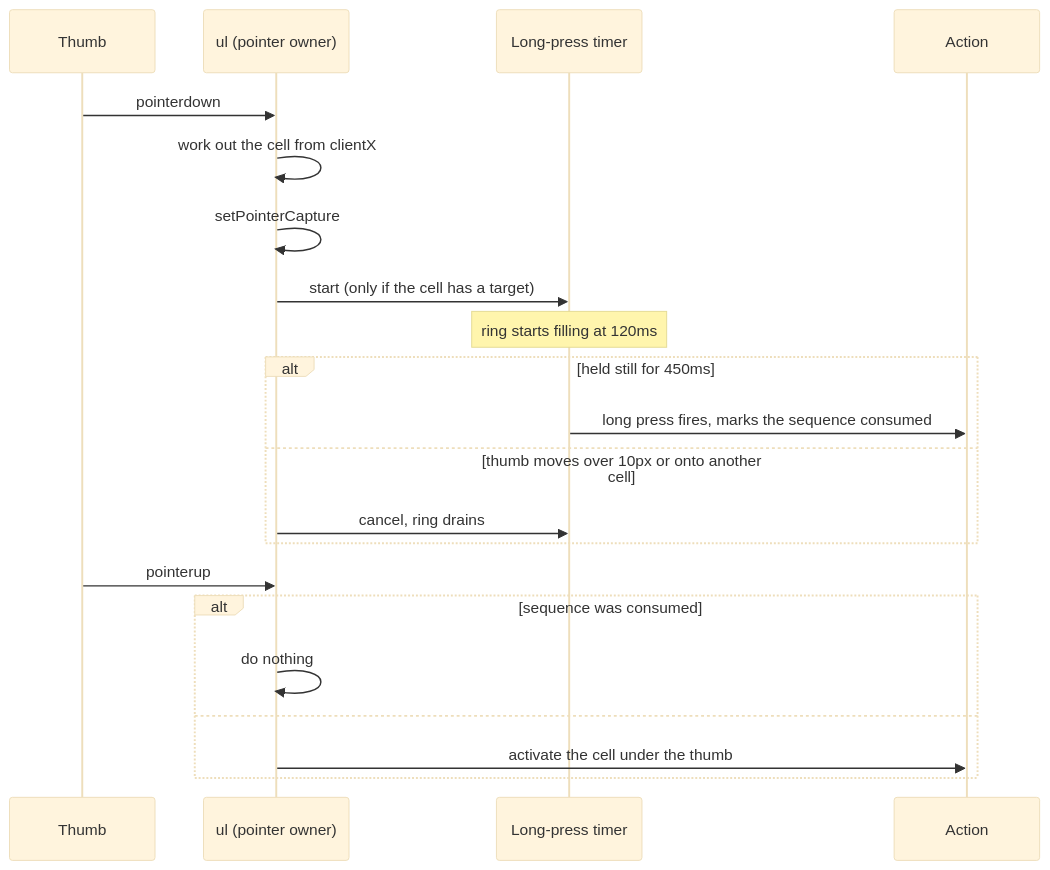
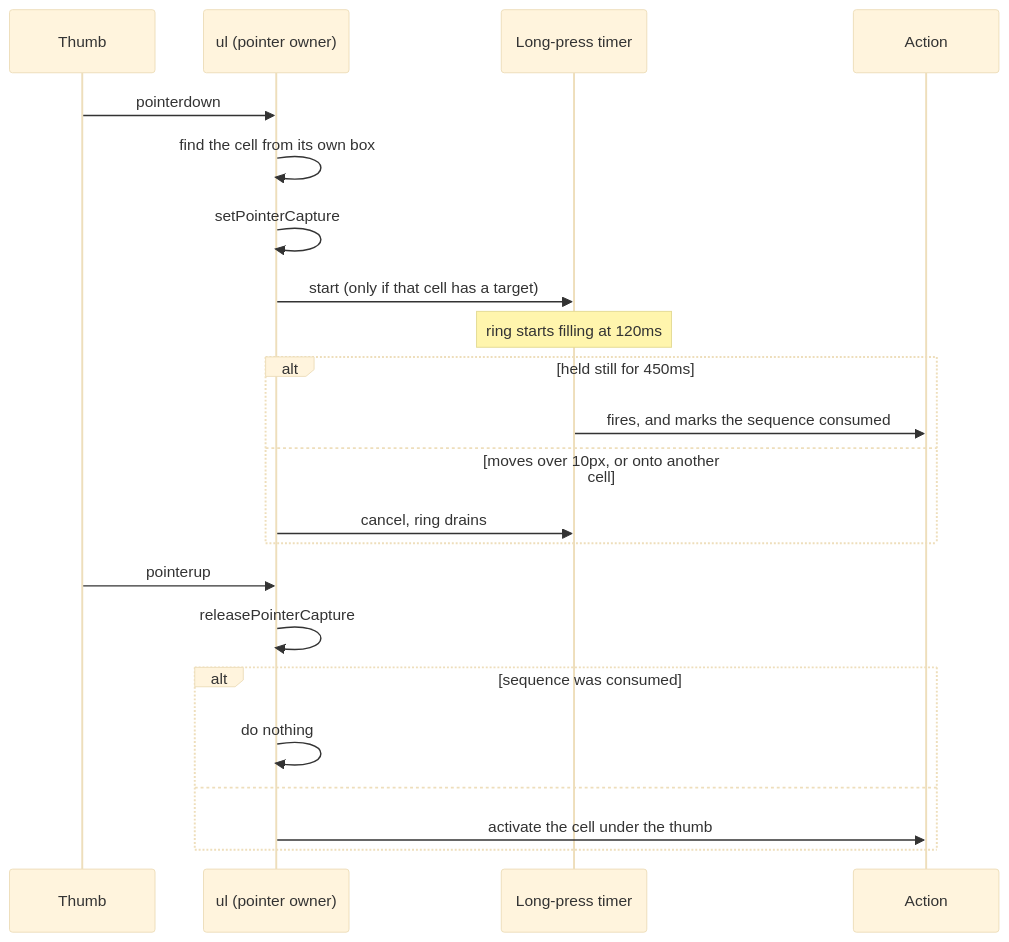
Before and after one commit to OffCrazyFreak/Disscount: the second of 4 diagrams in docs/MOBILE-NAV.md, drawn with Mermaid (base theme). The commit also changed other lines of this file, not shown here.

````diff
--- a/docs/MOBILE-NAV.md
+++ b/docs/MOBILE-NAV.md
@@ -110,26 +122,27 @@
 ```mermaid
 sequenceDiagram
     participant U as Thumb
     participant L as ul (pointer owner)
     participant T as Long-press timer
     participant A as Action
 
     U->>L: pointerdown
-    L->>L: work out the cell from clientX
+    L->>L: find the cell from its own box
     L->>L: setPointerCapture
-    L->>T: start (only if the cell has a target)
+    L->>T: start (only if that cell has a target)
     Note over T: ring starts filling at 120ms
 
     alt held still for 450ms
-        T->>A: long press fires, marks the sequence consumed
-    else thumb moves over 10px or onto another cell
+        T->>A: fires, and marks the sequence consumed
+    else moves over 10px, or onto another cell
         L->>T: cancel, ring drains
     end
 
     U->>L: pointerup
+    L->>L: releasePointerCapture
     alt sequence was consumed
         L->>L: do nothing
     else
         L->>A: activate the cell under the thumb
     end
 ```
````
